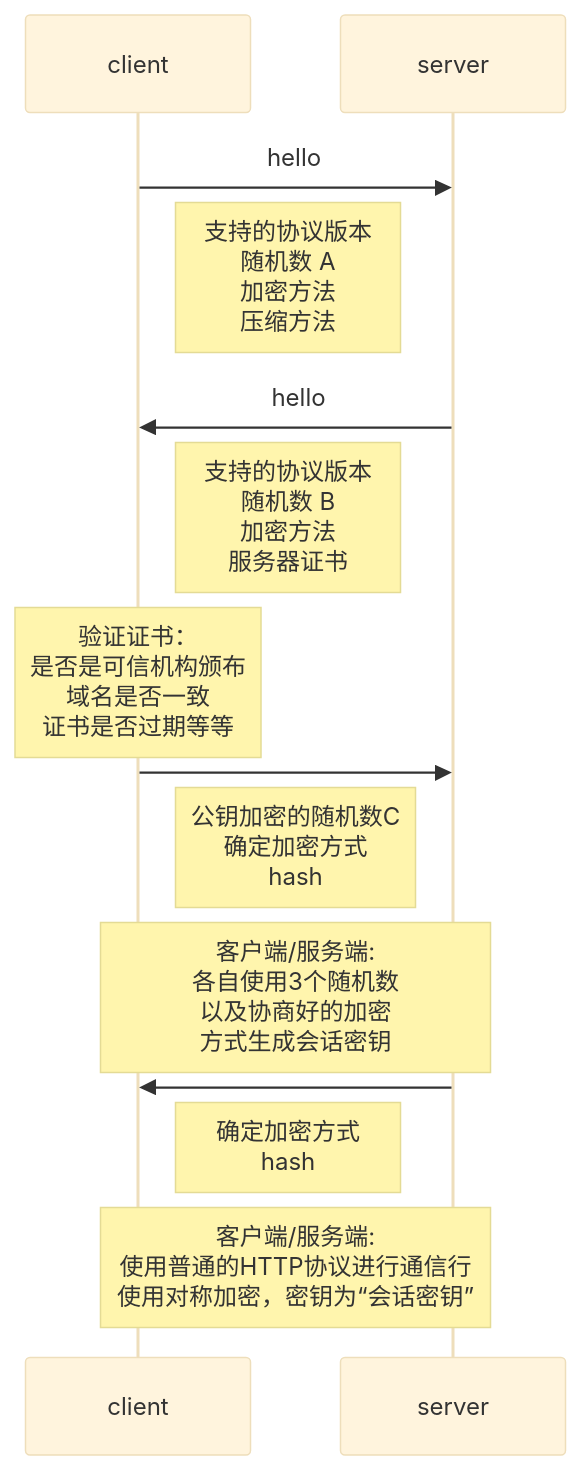
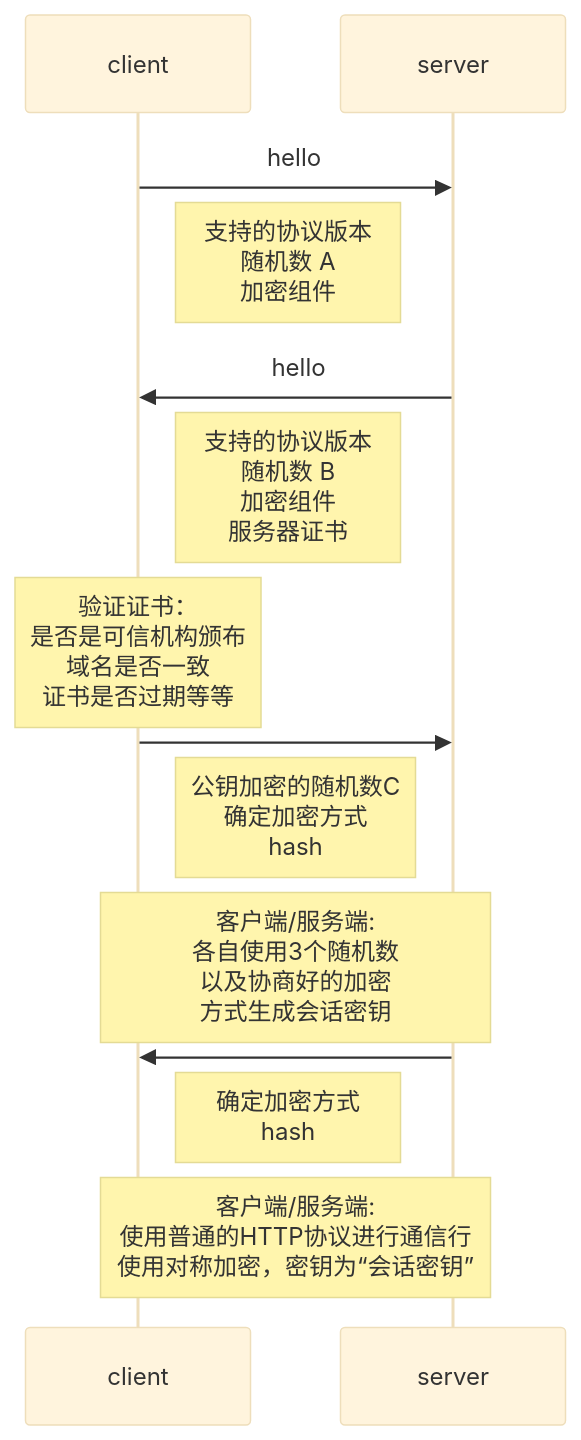
Before and after one commit to hurshi/hurshi.github.io: the diagram in _posts/2019-08-04-https.md, drawn with Mermaid (base theme). The commit also changed other lines of this file, not shown here.

```diff
--- a/_posts/2019-08-04-https.md
+++ b/_posts/2019-08-04-https.md
@@ -28,16 +28,14 @@
    <div class="mermaid">
    sequenceDiagram
        client->>server: hello
-       Note right of client: 支持的协议版本<br>随机数 A<br>加密方法<br>压缩方法
+       Note right of client: 支持的协议版本<br>随机数 A<br>加密组件
        server->>client: hello
-       Note right of client: 支持的协议版本<br>随机数 B<br>加密方法<br>服务器证书
+       Note right of client: 支持的协议版本<br>随机数 B<br>加密组件<br>服务器证书
        Note over client: 验证证书：<br>是否是可信机构颁布<br>域名是否一致<br>证书是否过期等等
        client->>server: 
        Note right of client: 公钥加密的随机数C<br>确定加密方式<br>hash
        Note over client,server: 客户端/服务端:<br>各自使用3个随机数<br>以及协商好的加密<br>方式生成会话密钥
        server->>client: 
        Note right of client: 确定加密方式<br>hash
        Note over client,server: 客户端/服务端:<br>使用普通的HTTP协议进行通信行<br>使用对称加密，密钥为“会话密钥”
-   
-   
    </div>
```
